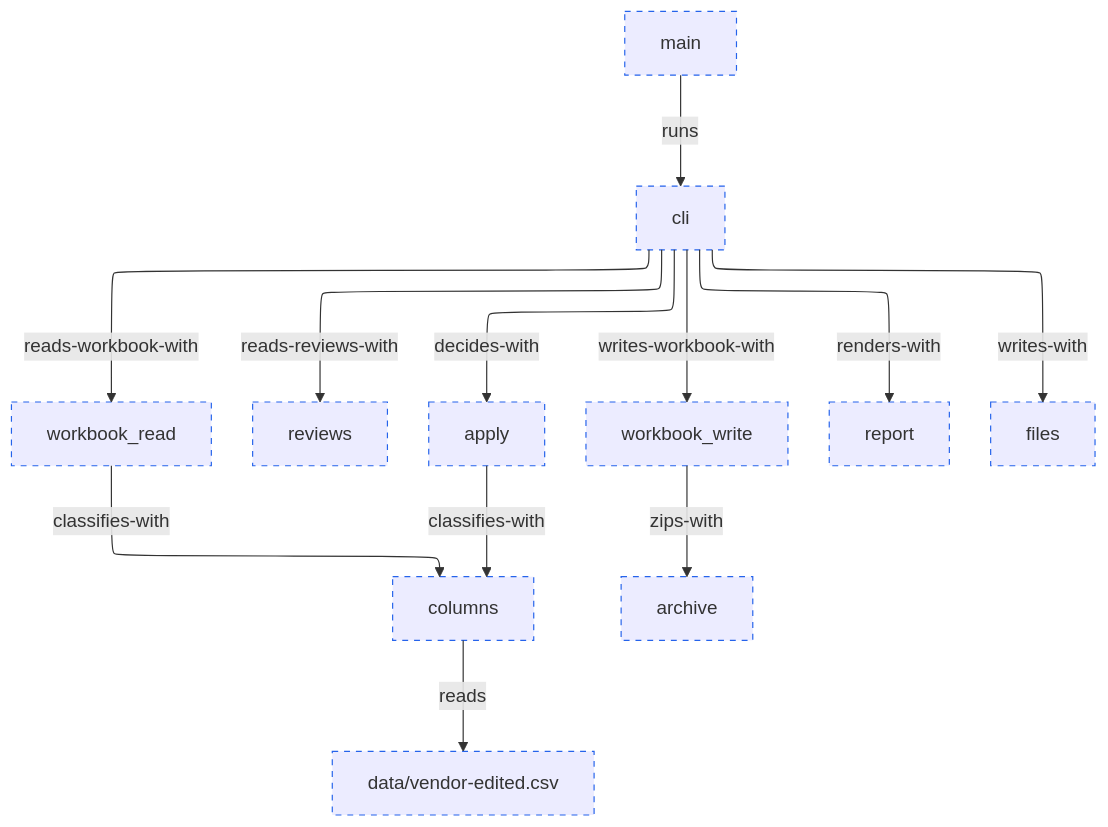
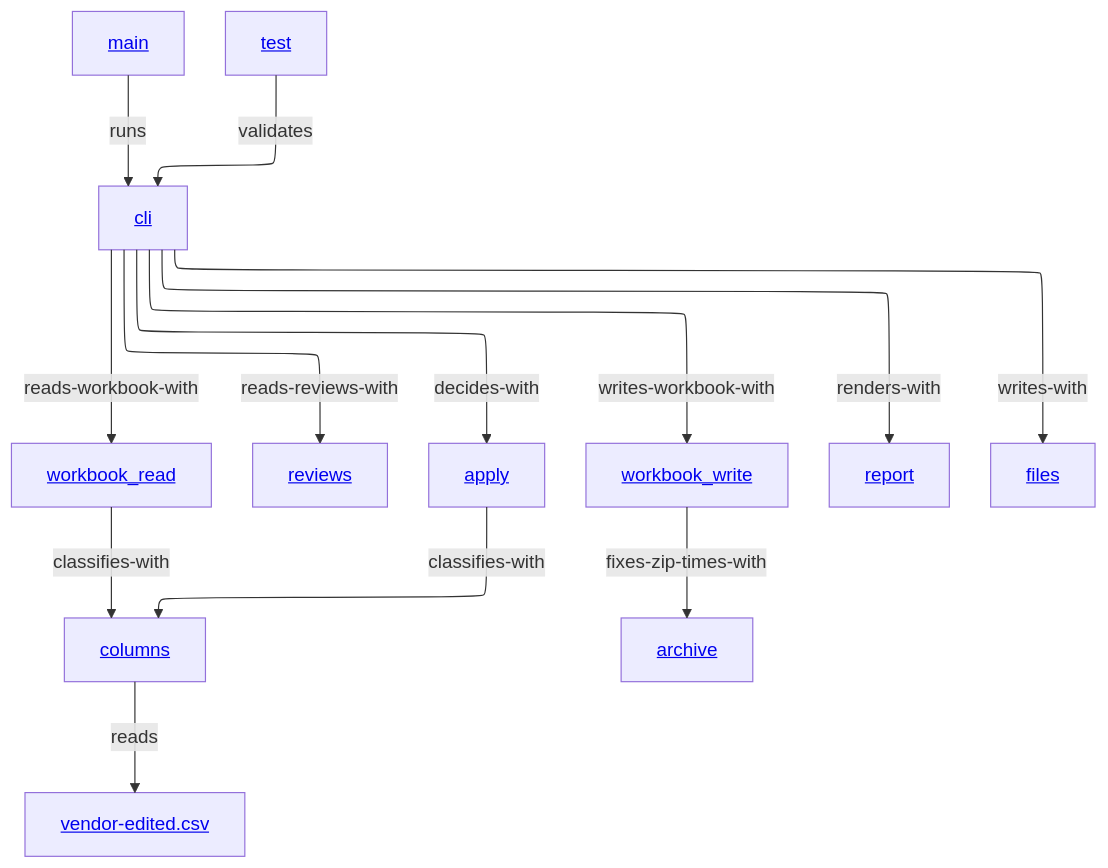
Before and after one commit to vrparthasarathy/migration-job-discovery: the diagram in tracker-tools/vendor-workbook-updater/README.md, drawn with Mermaid. The commit also changed other lines of this file and 37 other files, not shown here.

Commit message:
Build Vendor Workbook Updater.

````diff
--- a/tracker-tools/vendor-workbook-updater/README.md
+++ b/tracker-tools/vendor-workbook-updater/README.md
@@ -69,20 +41,20 @@
 ```mermaid
 ---
 config:
   layout: elk
 ---
 %%{init: {"securityLevel": "loose"}}%%
 flowchart TB
-  main["main"]:::planned -->|runs| cli["cli"]:::planned
-  cli -->|reads-workbook-with| wread["workbook_read"]:::planned
-  cli -->|reads-reviews-with| reviews["reviews"]:::planned
-  cli -->|decides-with| apply["apply"]:::planned
-  cli -->|writes-workbook-with| wwrite["workbook_write"]:::planned
-  cli -->|renders-with| report["report"]:::planned
-  cli -->|writes-with| files["files"]:::planned
-  wread -->|classifies-with| columns["columns"]:::planned
+  main["<a href='src/main.ts'>main</a>"] -->|runs| cli["<a href='src/cli.ts'>cli</a>"]
+  cli -->|reads-workbook-with| wread["<a href='src/workbook_read.ts'>workbook_read</a>"]
+  cli -->|reads-reviews-with| reviews["<a href='src/reviews.ts'>reviews</a>"]
+  cli -->|decides-with| apply["<a href='src/apply.ts'>apply</a>"]
+  cli -->|writes-workbook-with| wwrite["<a href='src/workbook_write.ts'>workbook_write</a>"]
+  cli -->|renders-with| report["<a href='src/report.ts'>report</a>"]
+  cli -->|writes-with| files["<a href='src/files.ts'>files</a>"]
+  wread -->|classifies-with| columns["<a href='src/columns.ts'>columns</a>"]
   apply -->|classifies-with| columns
-  wwrite -->|zips-with| archive["archive"]:::planned
-  columns -->|reads| vedited["data/vendor-edited.csv"]:::planned
-  classDef planned stroke-dasharray: 5 5,stroke:#2563eb
+  wwrite -->|fixes-zip-times-with| archive["<a href='src/archive.ts'>archive</a>"]
+  columns -->|reads| vedited["<a href='data/vendor-edited.csv'>vendor-edited.csv</a>"]
+  tests["<a href='test/cli.test.ts'>test</a>"] -->|validates| cli
 ```
````
